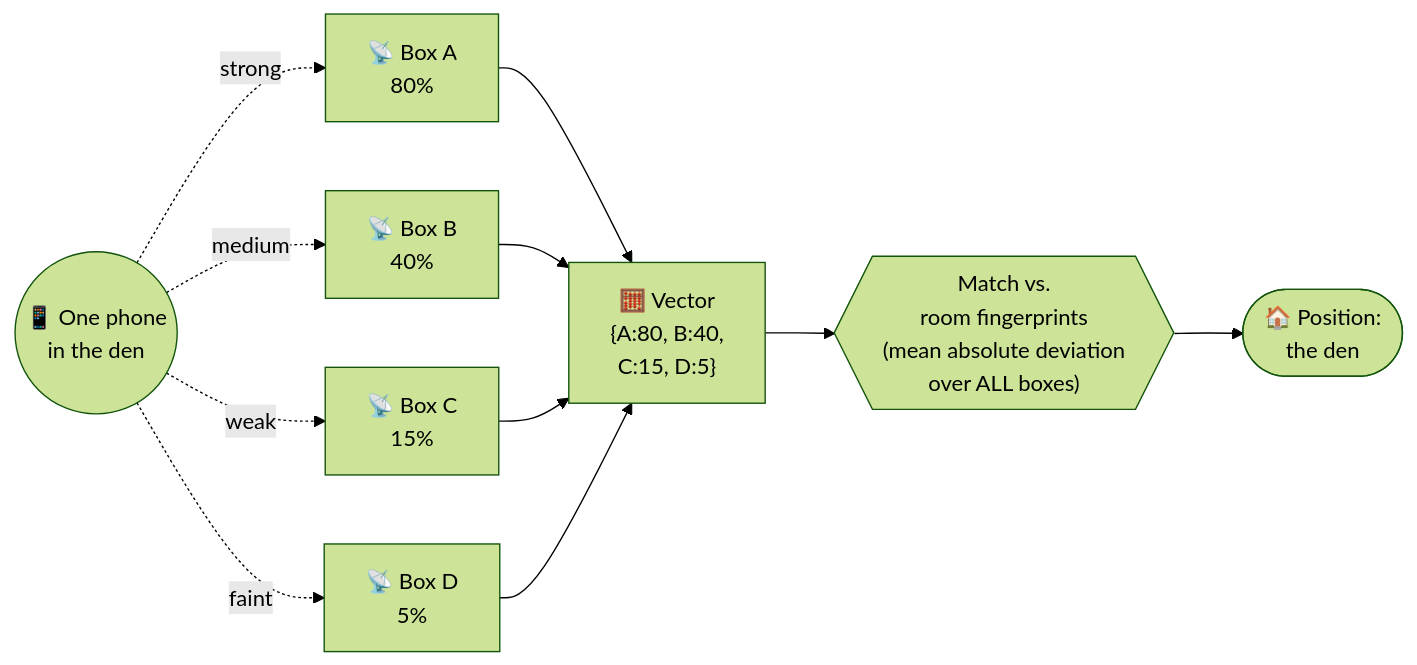
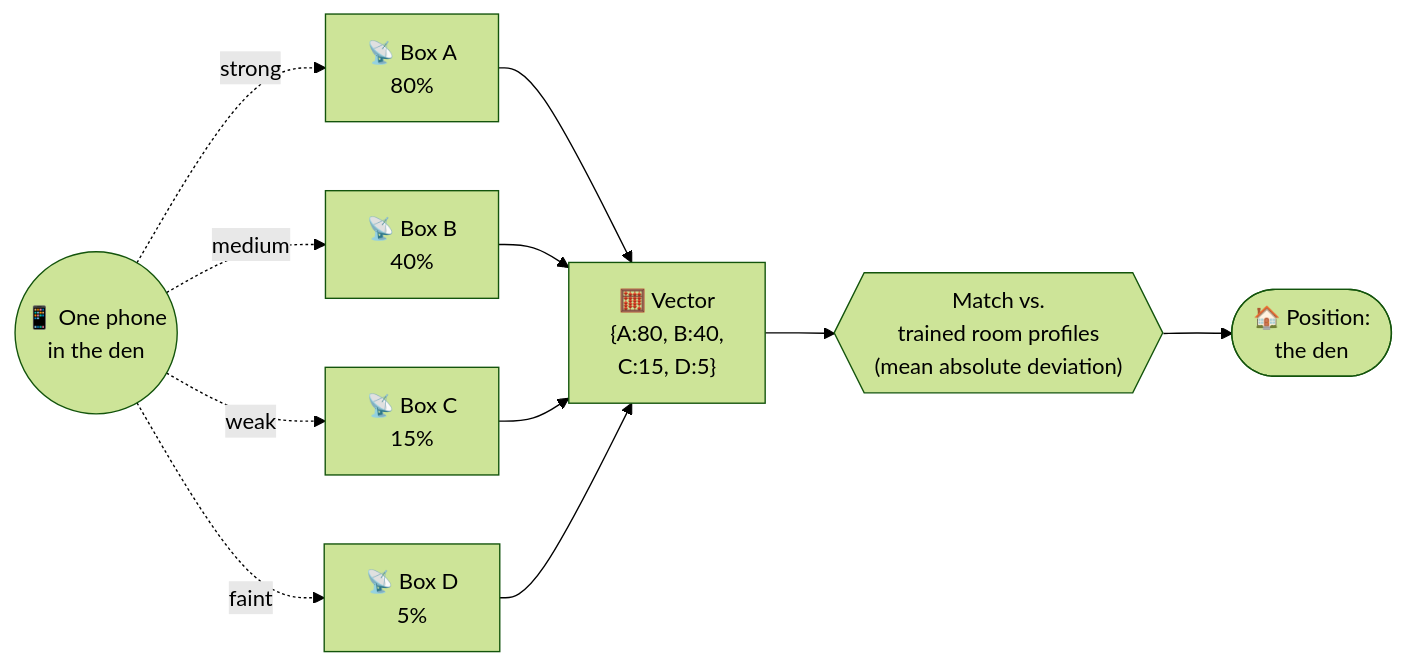
The fourth of 5 diagrams in README.md (Aslan4u73/FritzTrack4u), drawn with Mermaid (forest theme) before and after one commit. The commit also changed other lines of this file and 2 other files, not shown here.

````diff
--- a/README.md
+++ b/README.md
@@ -328,14 +328,14 @@
 ```mermaid
 flowchart LR
     P(("📱 One phone<br/>in the den"))
     P -. "strong" .-> B1["📡 Box A<br/>80%"]
     P -. "medium" .-> B2["📡 Box B<br/>40%"]
     P -. "weak" .-> B3["📡 Box C<br/>15%"]
     P -. "faint" .-> B4["📡 Box D<br/>5%"]
     B1 --> V["🧮 Vector<br/>{A:80, B:40,<br/>C:15, D:5}"]
     B2 --> V
     B3 --> V
     B4 --> V
-    V --> M{{"Match vs.<br/>room fingerprints<br/>(mean absolute deviation<br/>over ALL boxes)"}}
+    V --> M{{"Match vs.<br/>trained room profiles<br/>(mean absolute deviation)"}}
     M --> R(["🏠 Position:<br/>the den"])
 ```
````
